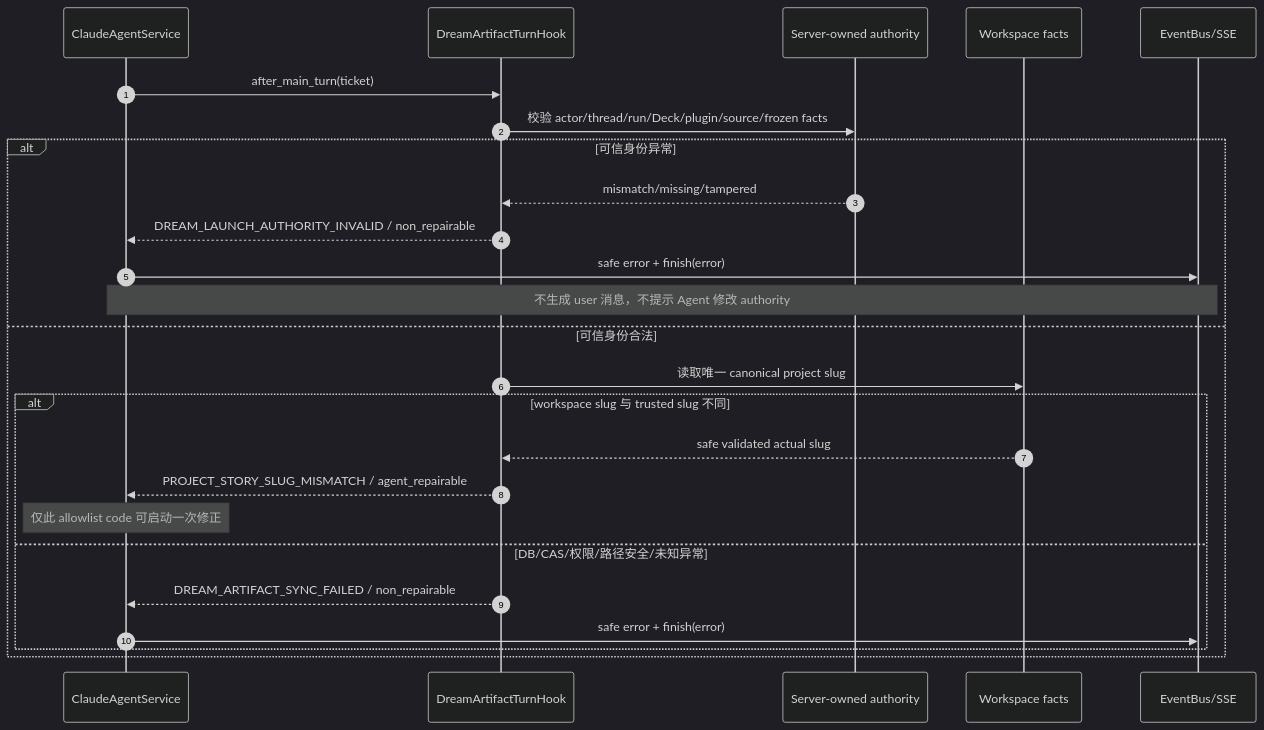
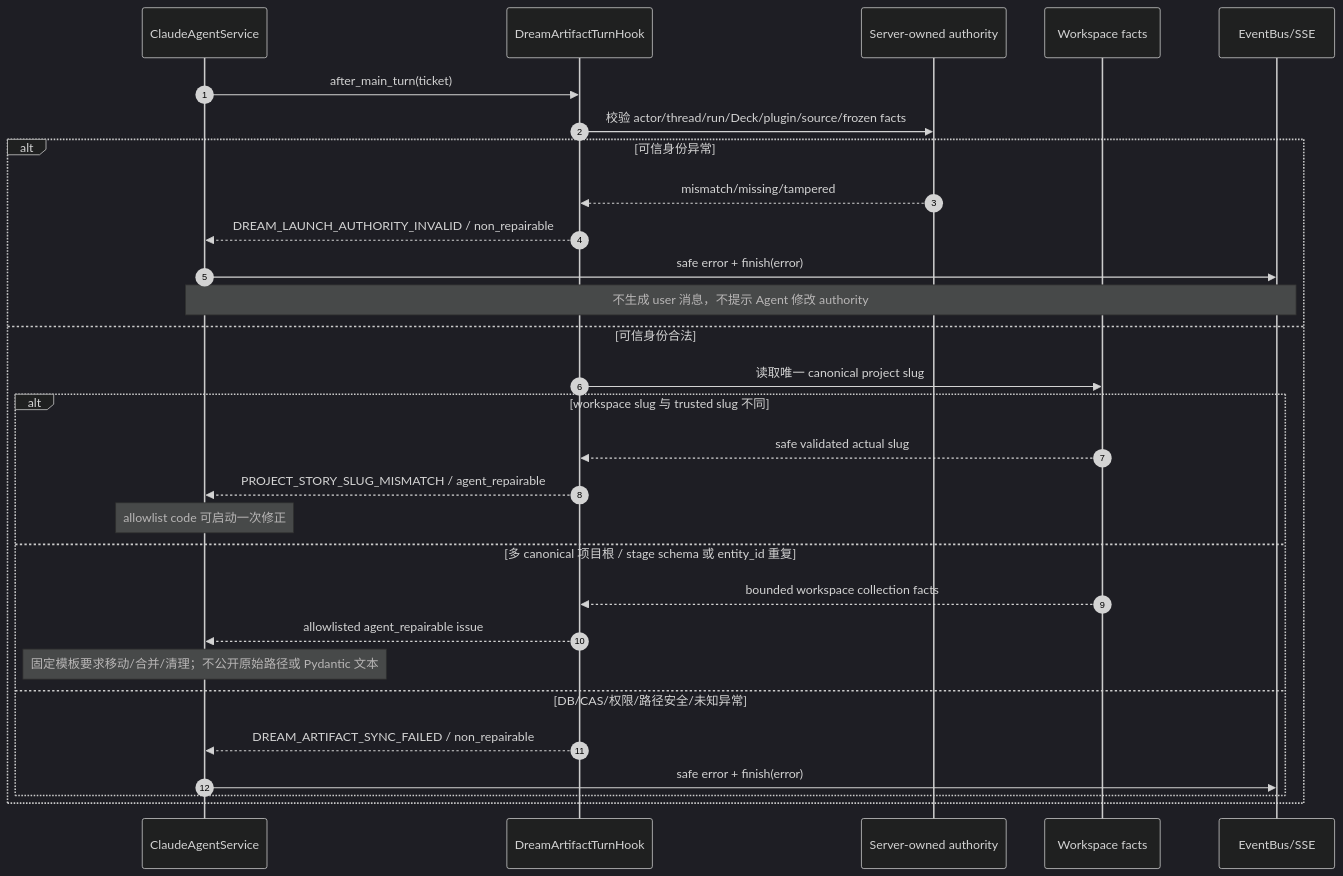
The second of 4 diagrams in docs/design/claude-agent/dream-workbench-auto-repair-sequence.md (glide-the/im-dream), drawn with Mermaid (dark theme) before and after one commit. The commit also changed other lines of this file and 22 other files, not shown here.

````diff
--- a/docs/design/claude-agent/dream-workbench-auto-repair-sequence.md
+++ b/docs/design/claude-agent/dream-workbench-auto-repair-sequence.md
@@ -80,28 +82,32 @@
 ```mermaid
 sequenceDiagram
     autonumber
     participant Service as ClaudeAgentService
     participant Hook as DreamArtifactTurnHook
     participant Authority as Server-owned authority
     participant WS as Workspace facts
     participant Bus as EventBus/SSE
 
     Service->>Hook: after_main_turn(ticket)
     Hook->>Authority: 校验 actor/thread/run/Deck/plugin/source/frozen facts
     alt 可信身份异常
         Authority-->>Hook: mismatch/missing/tampered
         Hook-->>Service: DREAM_LAUNCH_AUTHORITY_INVALID / non_repairable
         Service->>Bus: safe error + finish(error)
         Note over Service,Bus: 不生成 user 消息，不提示 Agent 修改 authority
     else 可信身份合法
         Hook->>WS: 读取唯一 canonical project slug
         alt workspace slug 与 trusted slug 不同
             WS-->>Hook: safe validated actual slug
             Hook-->>Service: PROJECT_STORY_SLUG_MISMATCH / agent_repairable
-            Note over Service: 仅此 allowlist code 可启动一次修正
+            Note over Service: allowlist code 可启动一次修正
+        else 多 canonical 项目根 / stage schema 或 entity_id 重复
+            WS-->>Hook: bounded workspace collection facts
+            Hook-->>Service: allowlisted agent_repairable issue
+            Note over Service: 固定模板要求移动/合并/清理；不公开原始路径或 Pydantic 文本
         else DB/CAS/权限/路径安全/未知异常
             Hook-->>Service: DREAM_ARTIFACT_SYNC_FAILED / non_repairable
             Service->>Bus: safe error + finish(error)
         end
     end
 ```
````
